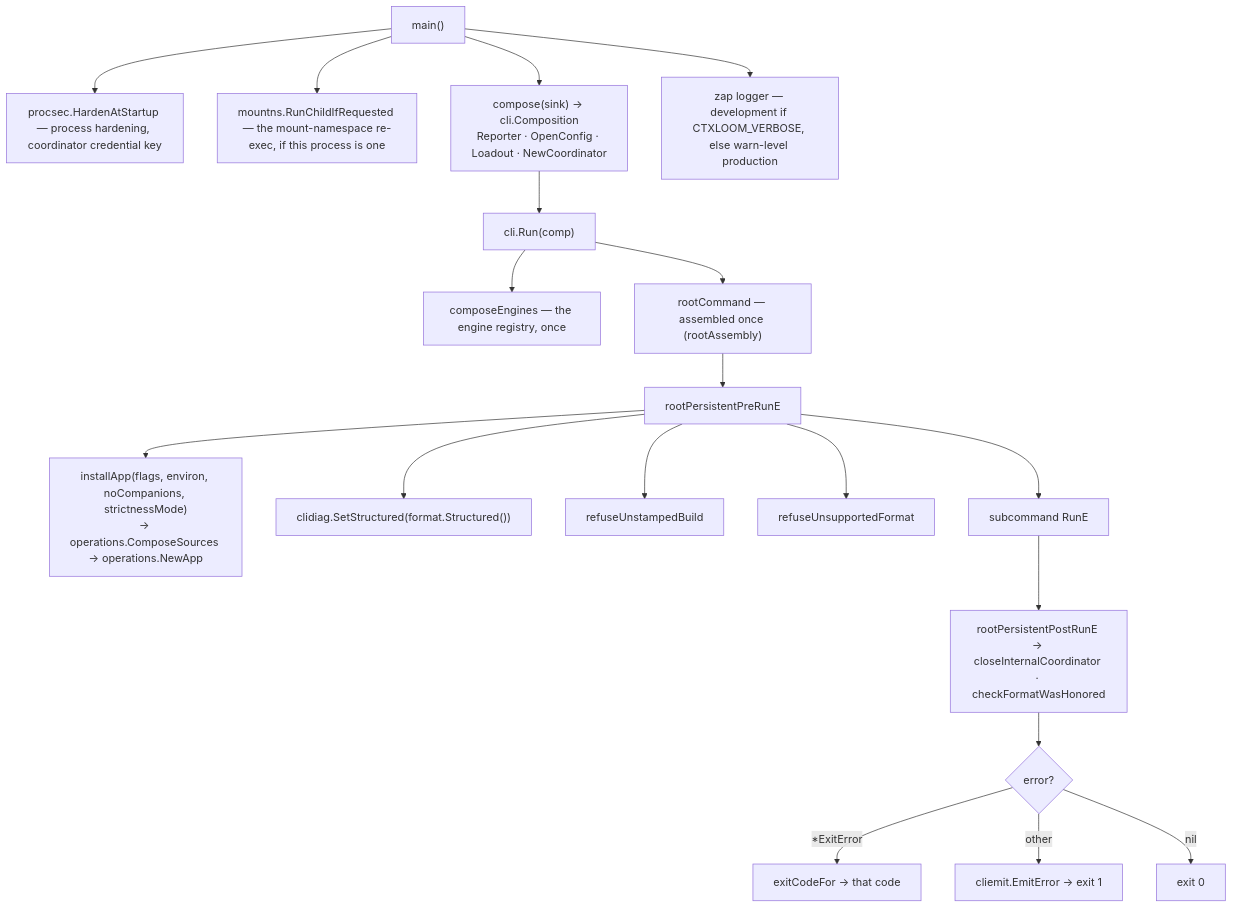
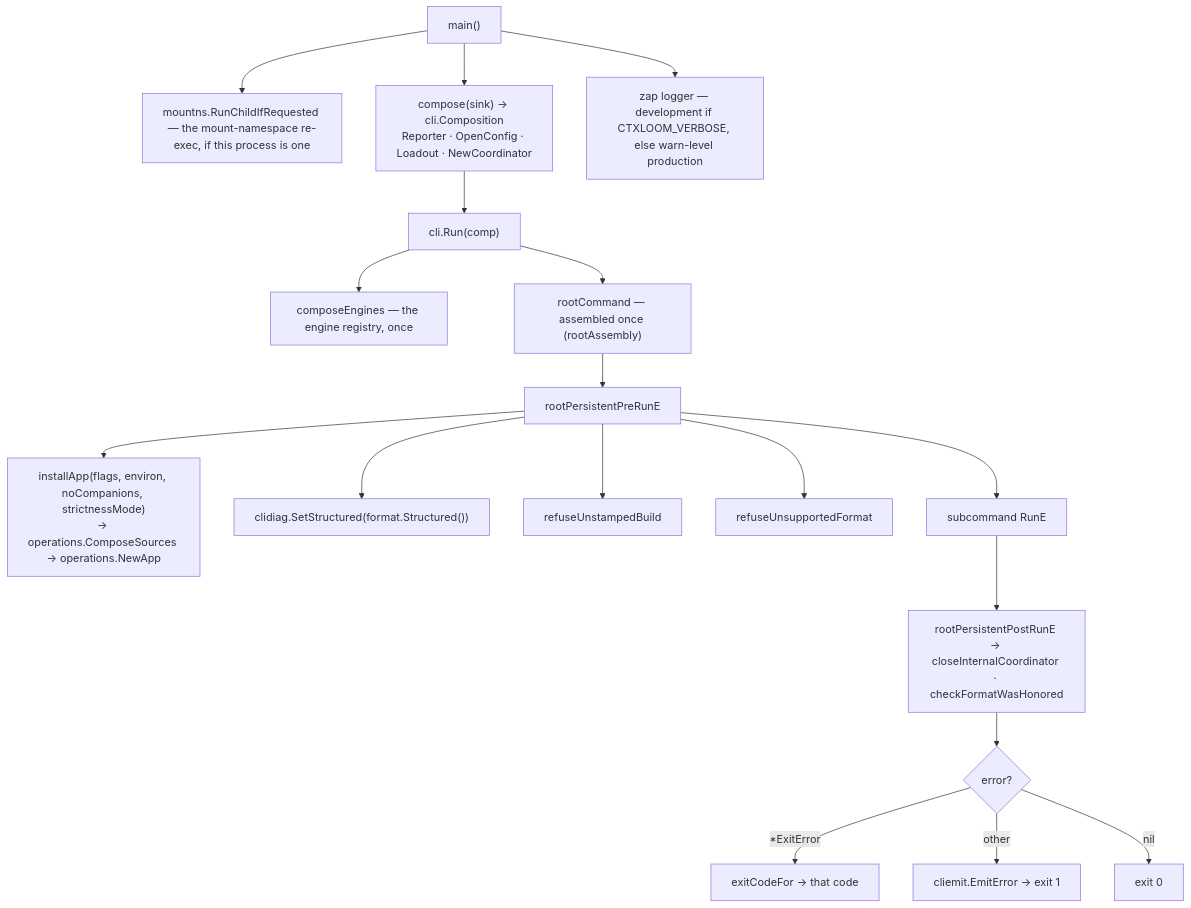
One commit to ctxloom/ctxloom changed the diagram in docs/architecture/cli/entrypoints.md. Above: the diagram before and after it, drawn with Mermaid. The commit also changed 9 other files, not shown here.

First line of the commit message:
security: delete procsec and CTXLOOM_ALLOW_PROCESS_INSPECTION (complexity audit #11)

````diff
--- a/docs/architecture/cli/entrypoints.md
+++ b/docs/architecture/cli/entrypoints.md
@@ -24,22 +24,21 @@
 ```mermaid
 flowchart TD
     M["main()"]
-    M --> PS["procsec.HardenAtStartup — process hardening, coordinator credential key"]
     M --> MN["mountns.RunChildIfRequested — the mount-namespace re-exec, if this process is one"]
     M --> CO["compose(sink) → cli.Composition<br/>Reporter · OpenConfig · Loadout · NewCoordinator"]
     M --> LOG["zap logger — development if CTXLOOM_VERBOSE, else warn-level production"]
     CO --> RUN["cli.Run(comp)"]
     RUN --> CE["composeEngines — the engine registry, once"]
     RUN --> RC["rootCommand — assembled once (rootAssembly)"]
     RC --> PPR["rootPersistentPreRunE"]
     PPR --> IA["installApp(flags, environ, noCompanions, strictnessMode)<br/>→ operations.ComposeSources → operations.NewApp"]
     PPR --> FG["clidiag.SetStructured(format.Structured())"]
     PPR --> RUB["refuseUnstampedBuild"]
     PPR --> RUF["refuseUnsupportedFormat"]
     PPR --> RUNE["subcommand RunE"]
     RUNE --> POST["rootPersistentPostRunE → closeInternalCoordinator · checkFormatWasHonored"]
     POST --> ERR{"error?"}
     ERR -->|"*ExitError"| CODE["exitCodeFor → that code"]
     ERR -->|other| REP["cliemit.EmitError → exit 1"]
     ERR -->|nil| OK["exit 0"]
 ```
````
